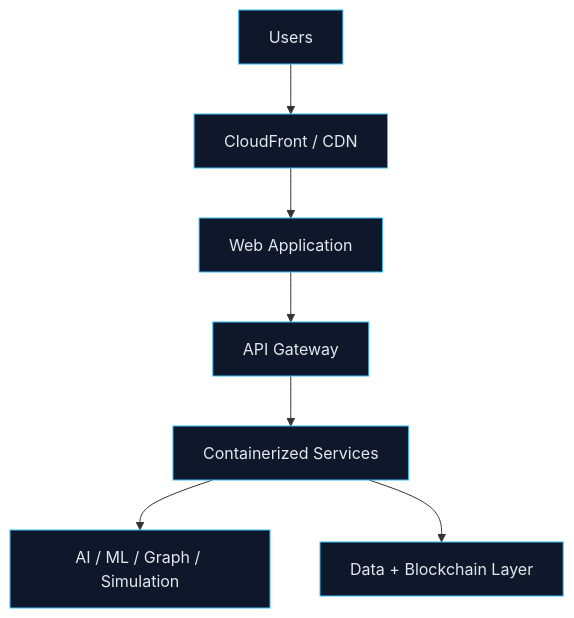
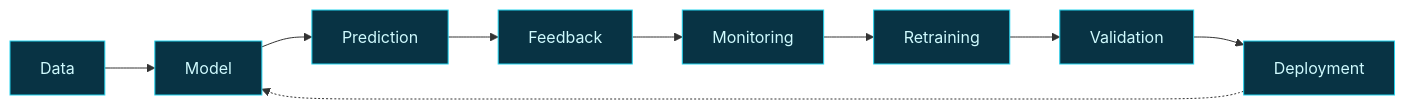
Diagram 13 of 14 in README.md (codeejb/Foodguard), drawn with Mermaid before and after one commit. The commit also changed other lines of this file, not shown here.

````diff
--- a/README.md
+++ b/README.md
@@ -420,8 +376,7 @@
 ```mermaid
-flowchart TD
-    U[Users] --> CDN[CloudFront / CDN] --> WA[Web Application] --> GW[API Gateway]
-    GW --> CS[Containerized Services] --> AI[AI / ML / Graph / Simulation]
-    CS --> DB[Data + Blockchain Layer]
-    classDef d fill:#0f172a,stroke:#38bdf8,color:#e2e8f0
-    class U,CDN,WA,GW,CS,AI,DB d
+flowchart LR
+    D[Data] --> M[Model] --> P[Prediction] --> F[Feedback] --> Mo[Monitoring] --> R[Retraining] --> V[Validation] --> De[Deployment]
+    De -.-> M
+    classDef ops fill:#083344,stroke:#22d3ee,color:#cffafe
+    class D,M,P,F,Mo,R,V,De ops
 ```
````
